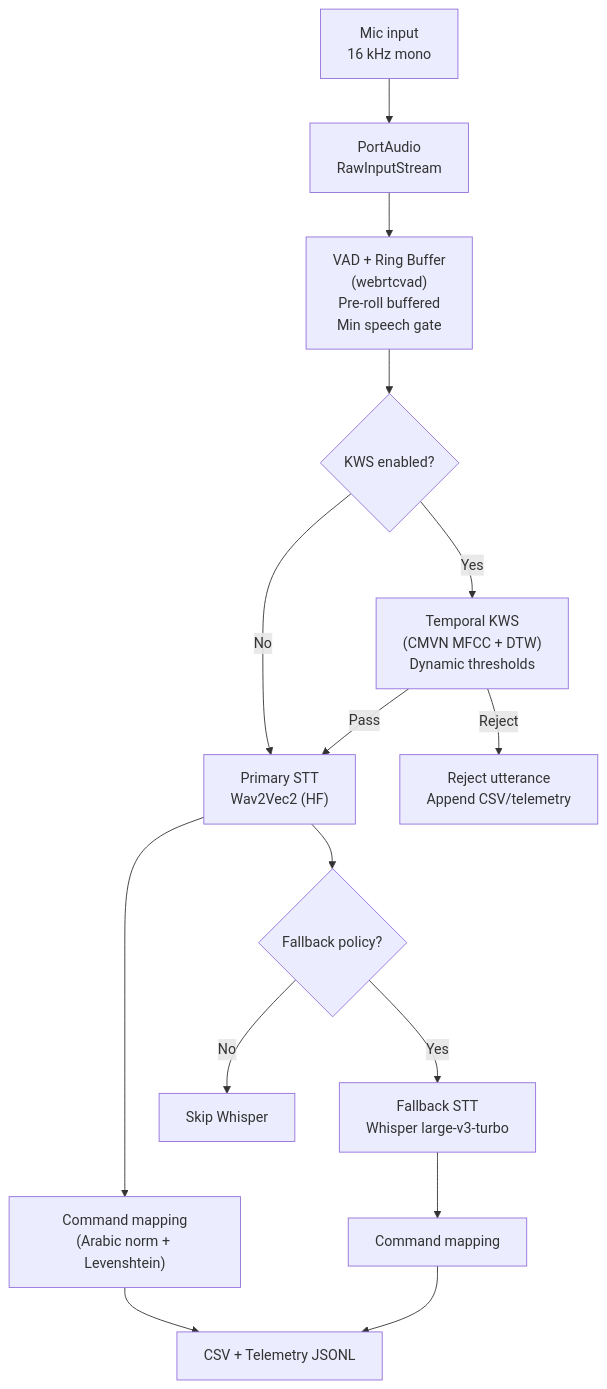
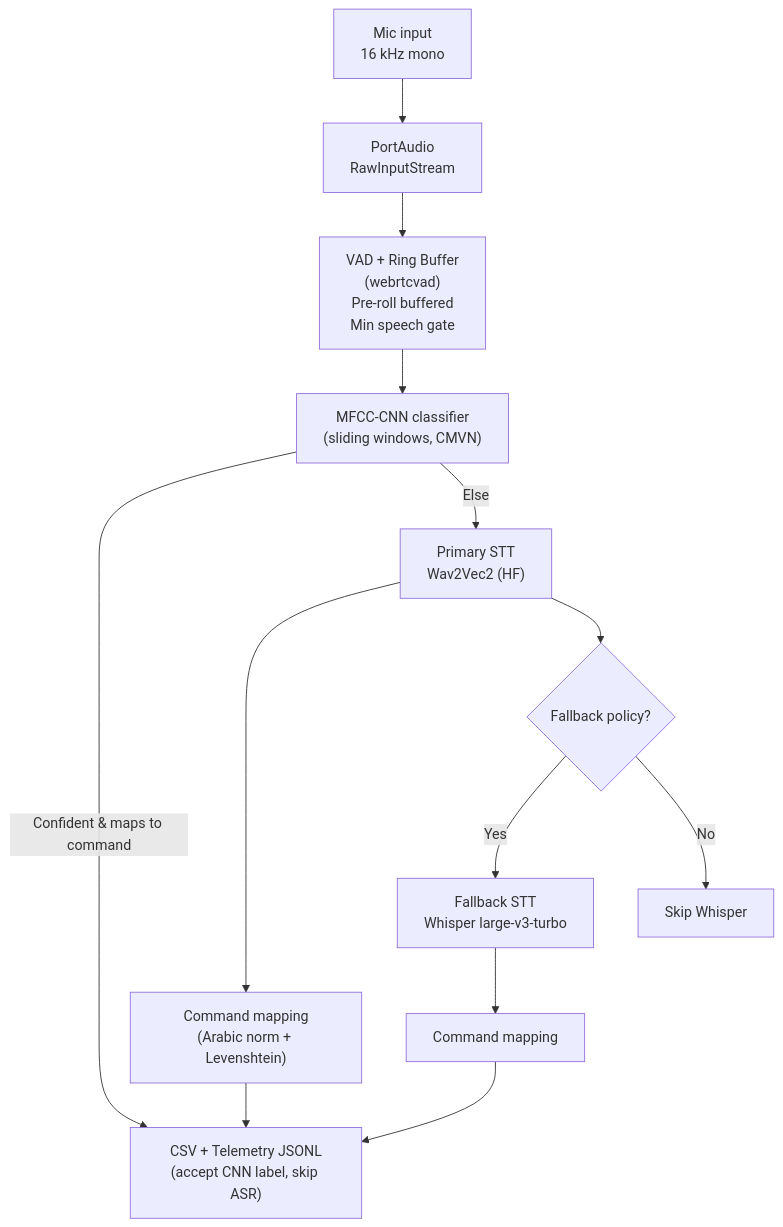
The first of 3 diagrams in REPORT.md (omarkshoaib/short-commands), drawn with Mermaid before and after one commit. The commit also changed other lines of this file and 5 other files, not shown here.

Commit message:
feat: always-on CLI with MFCC-CNN gating; remove KWS; docs+config

````diff
--- a/REPORT.md
+++ b/REPORT.md
@@ -7,17 +7,15 @@
 ```mermaid
 graph TD
   A["Mic input<br/>16 kHz mono"] --> B["PortAudio<br/>RawInputStream"]
   B --> C["VAD + Ring Buffer<br/>(webrtcvad)<br/>Pre-roll buffered<br/>Min speech gate"]
-  C --> D{KWS enabled?}
-  D -- No --> E["Primary STT<br/>Wav2Vec2 (HF)"]
-  D -- Yes --> F["Temporal KWS<br/>(CMVN MFCC + DTW)<br/>Dynamic thresholds"]
-  F -- Pass --> E
-  F -- Reject --> X["Reject utterance<br/>Append CSV/telemetry"]
+  C --> M["MFCC-CNN classifier<br/>(sliding windows, CMVN)"]
+  M -->|Confident & maps to command| L["CSV + Telemetry JSONL\n(accept CNN label, skip ASR)"]
+  M -->|Else| E["Primary STT<br/>Wav2Vec2 (HF)"]
   E --> G["Command mapping<br/>(Arabic norm + Levenshtein)"]
   E --> H{Fallback policy?}
   H -- Yes --> I["Fallback STT<br/>Whisper large-v3-turbo"]
   H -- No --> J[Skip Whisper]
   I --> K[Command mapping]
-  G --> L[CSV + Telemetry JSONL]
+  G --> L
   K --> L
 ```
````
